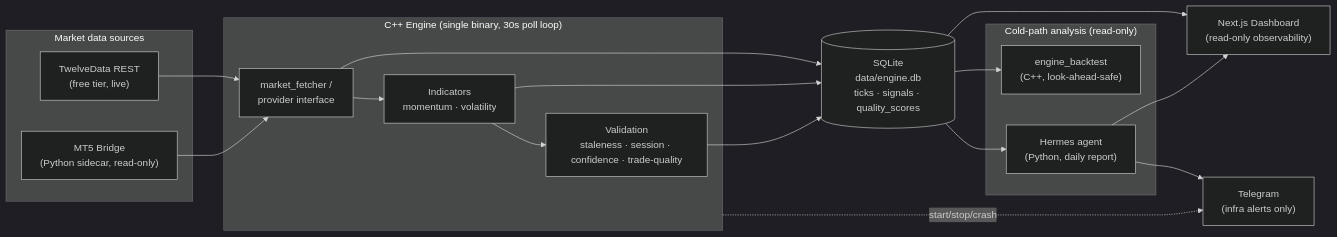
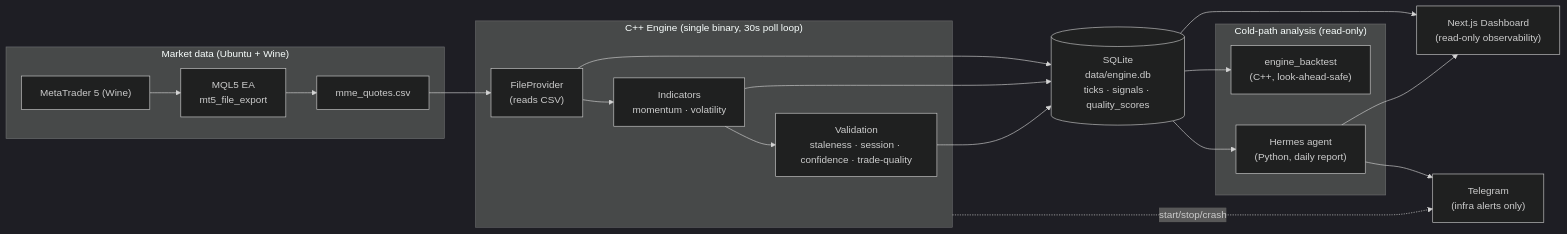
One commit to Kadir70-dev/market-microstructure-engine changed the diagram in README.md. Above: the diagram before and after it, drawn with Mermaid (dark theme). The commit also changed other lines of this file and 32 other files, not shown here.

````diff
--- a/README.md
+++ b/README.md
@@ -59,36 +59,37 @@
 ```mermaid
 flowchart LR
-    subgraph Feeds["Market data sources"]
-        TD["TwelveData REST<br/>(free tier, live)"]
-        MT5["MT5 Bridge<br/>(Python sidecar, read-only)"]
+    subgraph Feeds["Market data (Ubuntu + Wine)"]
+        MT5["MetaTrader 5 (Wine)"]
+        EA["MQL5 EA<br/>mt5_file_export"]
+        CSV["mme_quotes.csv"]
+        MT5 --> EA --> CSV
     end
 
     subgraph Engine["C++ Engine (single binary, 30s poll loop)"]
-        FETCH["market_fetcher /<br/>provider interface"]
+        FETCH["FileProvider<br/>(reads CSV)"]
         IND["Indicators<br/>momentum · volatility"]
         VAL["Validation<br/>staleness · session · confidence · trade-quality"]
     end
 
     DB[("SQLite<br/>data/engine.db<br/>ticks · signals · quality_scores")]
 
     subgraph Cold["Cold-path analysis (read-only)"]
         BT["engine_backtest<br/>(C++, look-ahead-safe)"]
         HERMES["Hermes agent<br/>(Python, daily report)"]
     end
 
     DASH["Next.js Dashboard<br/>(read-only observability)"]
     TG["Telegram<br/>(infra alerts only)"]
 
-    TD --> FETCH
-    MT5 --> FETCH
+    CSV --> FETCH
     FETCH --> IND --> VAL
     FETCH --> DB
     IND --> DB
     VAL --> DB
     DB --> BT
     DB --> HERMES
     DB --> DASH
     HERMES --> DASH
     HERMES --> TG
     Engine -. start/stop/crash .-> TG
 ```
````
